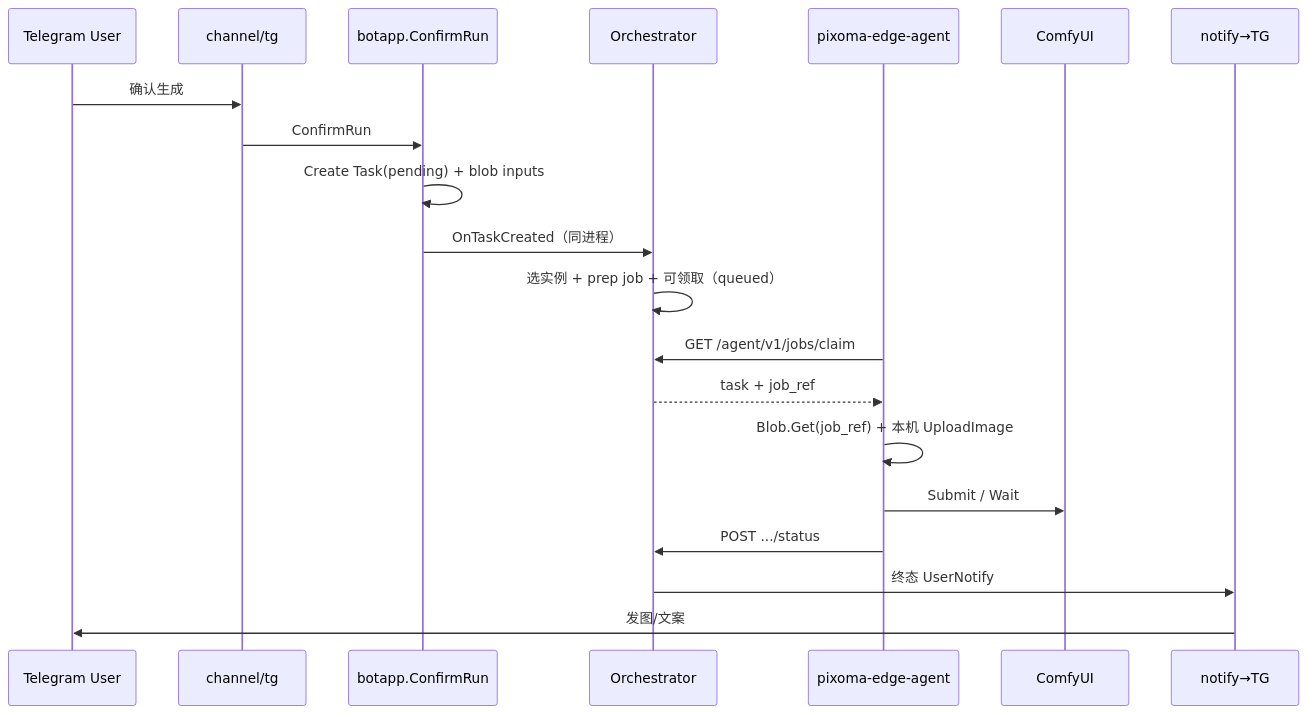
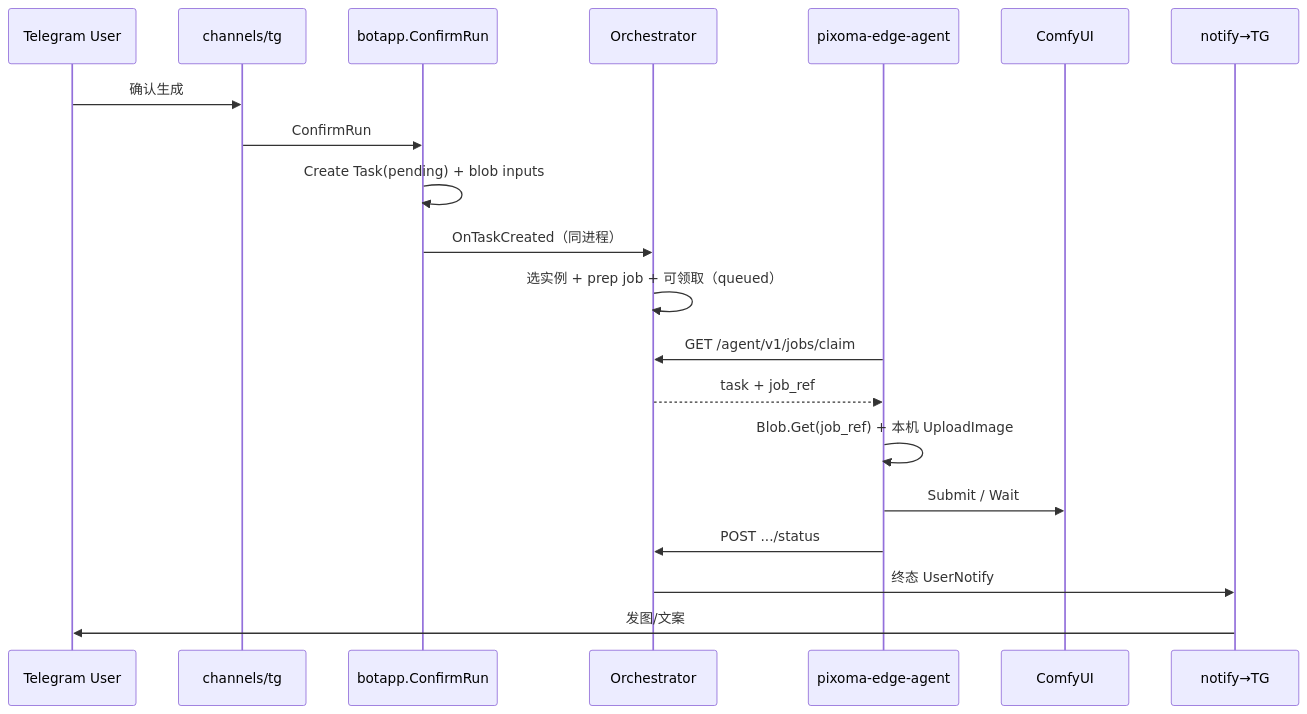
One commit to Mr9esx/Pixoma changed the first of 2 diagrams in docs/architecture/runtime.md. Above: the diagram before and after it, drawn with Mermaid. The commit also changed other lines of this file and 479 other files, not shown here.

````diff
--- a/docs/architecture/runtime.md
+++ b/docs/architecture/runtime.md
@@ -9,23 +9,23 @@
 ```mermaid
 sequenceDiagram
   participant U as Telegram User
-  participant TG as channel/tg
+  participant TG as channels/tg
   participant APP as botapp.ConfirmRun
   participant O as Orchestrator
   participant E as pixoma-edge-agent
   participant C as ComfyUI
   participant N as notify→TG
 
   U->>TG: 确认生成
   TG->>APP: ConfirmRun
   APP->>APP: Create Task(pending) + blob inputs
   APP->>O: OnTaskCreated（同进程）
   O->>O: 选实例 + prep job + 可领取（queued）
   E->>O: GET /agent/v1/jobs/claim
   O-->>E: task + job_ref
   E->>E: Blob.Get(job_ref) + 本机 UploadImage
   E->>C: Submit / Wait
   E->>O: POST .../status
   O->>N: 终态 UserNotify
   N->>U: 发图/文案
 ```
````
